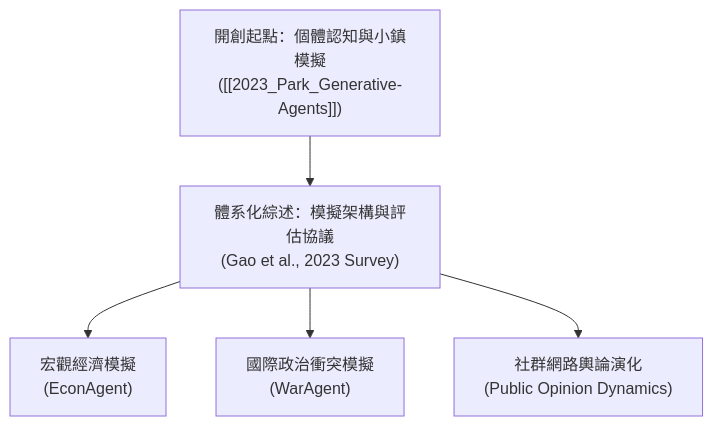
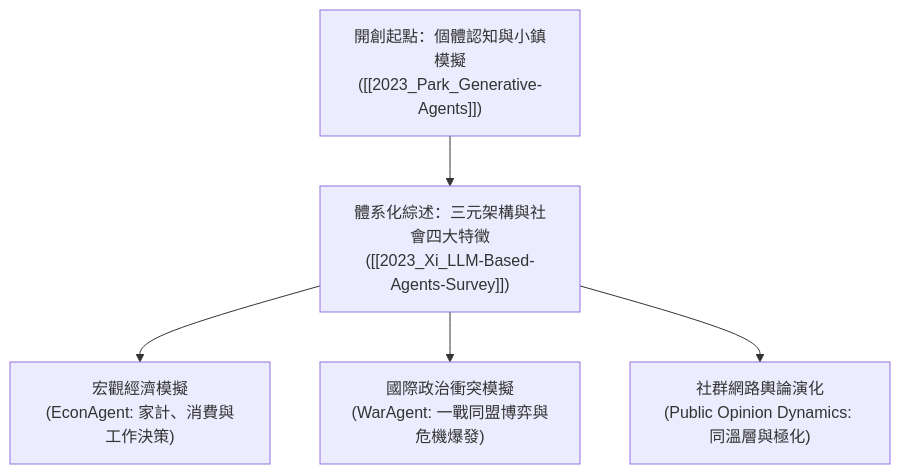
One commit to Wu-Kenny-0531/LLM_Wiki changed the diagram in wiki/synthesis/LLM-Agent-Based-Modeling.md. Above: the diagram before and after it, drawn with Mermaid. The commit also changed other lines of this file and 6 other files, not shown here.

Commit message:
feat(wiki): ingest Paper 2 (Xi et al. Agent Survey) and establish agent society ontology

````diff
--- a/wiki/synthesis/LLM-Agent-Based-Modeling.md
+++ b/wiki/synthesis/LLM-Agent-Based-Modeling.md
@@ -19,7 +19,7 @@
 ```mermaid
 flowchart TD
-    A["開創起點：個體認知與小鎮模擬<br>([[2023_Park_Generative-Agents]])"] --> B["體系化綜述：模擬架構與評估協議<br>(Gao et al., 2023 Survey)"]
-    B --> C1["宏觀經濟模擬<br>(EconAgent)"]
-    B --> C2["國際政治衝突模擬<br>(WarAgent)"]
-    B --> C3["社群網路輿論演化<br>(Public Opinion Dynamics)"]
+    A["開創起點：個體認知與小鎮模擬<br>([[2023_Park_Generative-Agents]])"] --> B["體系化綜述：三元架構與社會四大特徵<br>([[2023_Xi_LLM-Based-Agents-Survey]])"]
+    B --> C1["宏觀經濟模擬<br>(EconAgent: 家計、消費與工作決策)"]
+    B --> C2["國際政治衝突模擬<br>(WarAgent: 一戰同盟博弈與危機爆發)"]
+    B --> C3["社群網路輿論演化<br>(Public Opinion Dynamics: 同溫層與極化)"]
 ```
````
